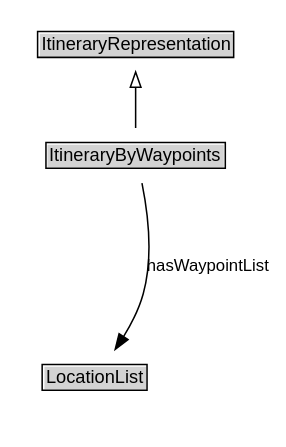
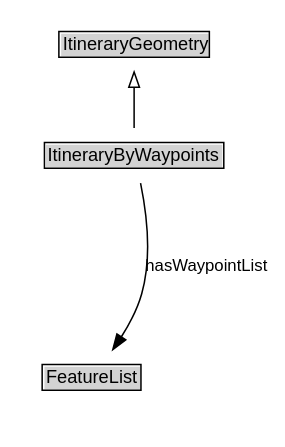
Before and after one commit to ISO-TC204/ontology-its-location-v1: the diagram in docs/diagrams/ItineraryByWaypoints.dot, drawn with Graphviz. The commit also changed 400 other files, not shown here.

```diff
--- a/docs/diagrams/ItineraryByWaypoints.dot
+++ b/docs/diagrams/ItineraryByWaypoints.dot
@@ -1,24 +1,24 @@
 // Diagram for ItineraryByWaypoints
 digraph {
 	graph [overlap=false rankdir=TB splines=true]
 	node [fontname=Arial fontsize=12 margin=0 shape=none]
 	edge [fontname=Arial fontsize=11]
 	{
 		rank=source
-		ItineraryRepresentation [label=<<TABLE BORDER="1" CELLBORDER="0" CELLSPACING="0" CELLPADDING="1"><TR><TD BGCOLOR="lightgray" ALIGN="CENTER">ItineraryRepresentation</TD></TR></TABLE>> URL="../ItineraryRepresentation" margin=0]
+		ItineraryGeometry [label=<<TABLE BORDER="1" CELLBORDER="0" CELLSPACING="0" CELLPADDING="1"><TR><TD BGCOLOR="lightgray" ALIGN="CENTER">ItineraryGeometry</TD></TR></TABLE>> URL="../ItineraryGeometry" margin=0]
 	}
 	ItineraryByWaypoints [label=<<TABLE BORDER="1" CELLBORDER="0" CELLSPACING="0" CELLPADDING="1"><TR><TD BGCOLOR="lightgray" ALIGN="CENTER">ItineraryByWaypoints</TD></TR></TABLE>> URL="../ItineraryByWaypoints" margin=0]
 	{
 		rank=max
 	}
 	subgraph cluster_associated {
 		label="" style=invis
 		Invis [label=<<TABLE BORDER="0" CELLBORDER="0" CELLSPACING="0" CELLPADDING="1"><TR><TD></TD></TR></TABLE>> margin=0 style=invis]
-		LocationList [label=<<TABLE BORDER="1" CELLBORDER="0" CELLSPACING="0" CELLPADDING="1"><TR><TD BGCOLOR="lightgray" ALIGN="CENTER">LocationList</TD></TR></TABLE>> URL="../LocationList" margin=0]
+		FeatureList [label=<<TABLE BORDER="1" CELLBORDER="0" CELLSPACING="0" CELLPADDING="1"><TR><TD BGCOLOR="lightgray" ALIGN="CENTER">FeatureList</TD></TR></TABLE>> URL="../FeatureList" margin=0]
 	}
-	ItineraryByWaypoints -> ItineraryRepresentation [arrowhead=onormal style=solid]
+	ItineraryByWaypoints -> ItineraryGeometry [arrowhead=onormal style=solid]
 	ItineraryByWaypoints -> Invis [style=invis]
-	Invis -> LocationList [style=invis]
-	LocationList [label=<<TABLE BORDER="1" CELLBORDER="0" CELLSPACING="0" CELLPADDING="1"><TR><TD BGCOLOR="lightgray" ALIGN="CENTER">LocationList</TD></TR></TABLE>> URL="../LocationList" margin=0]
-	ItineraryByWaypoints -> LocationList [label=hasWaypointList arrowhead=normal style=solid]
+	Invis -> FeatureList [style=invis]
+	FeatureList [label=<<TABLE BORDER="1" CELLBORDER="0" CELLSPACING="0" CELLPADDING="1"><TR><TD BGCOLOR="lightgray" ALIGN="CENTER">FeatureList</TD></TR></TABLE>> URL="../FeatureList" margin=0]
+	ItineraryByWaypoints -> FeatureList [label=hasWaypointList arrowhead=normal style=solid]
 }
```
